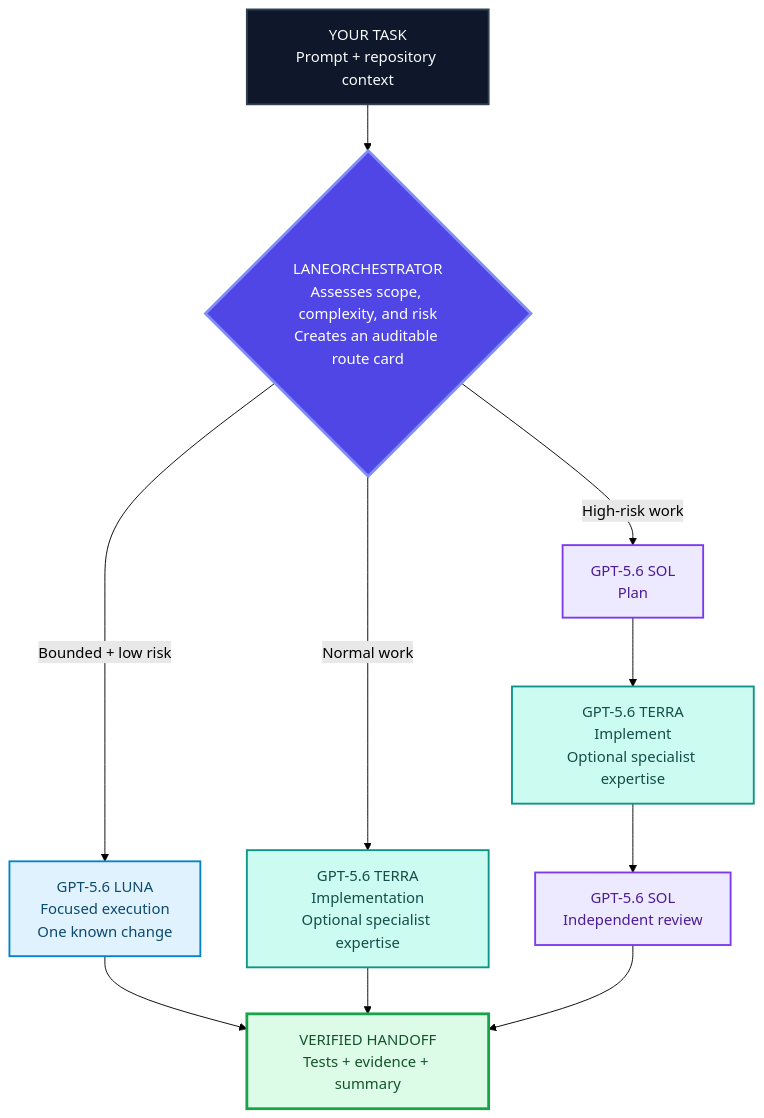
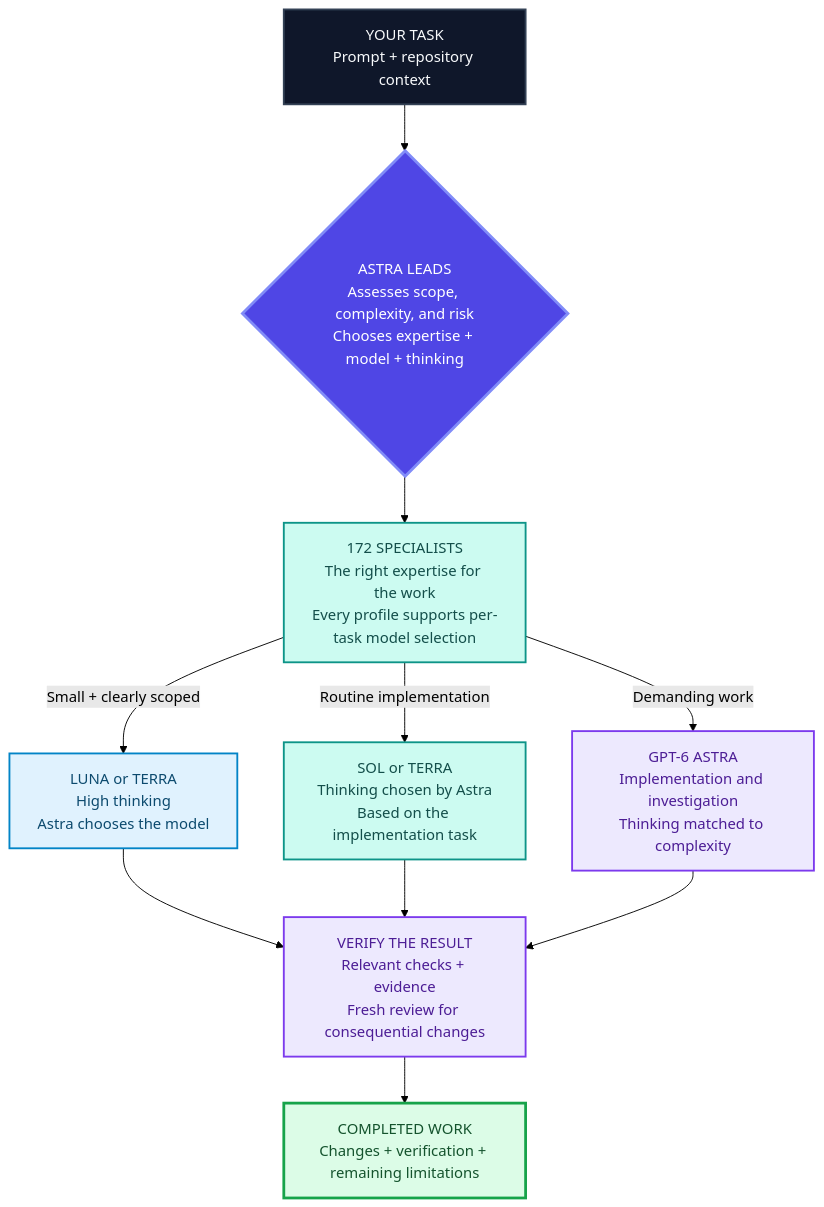
One commit to KarthikRamesh9149/laneorchestrator changed the first of 2 diagrams in README.md. Above: the diagram before and after it, drawn with Mermaid (forest theme). The commit also changed other lines of this file and 15 other files, not shown here.

````diff
--- a/README.md
+++ b/README.md
@@ -20,29 +20,24 @@
 ```mermaid
 flowchart TB
-    TASK["YOUR TASK<br/>Prompt + repository context"] --> ROUTER{"LANEORCHESTRATOR<br/>Assesses scope, complexity, and risk<br/>Creates an auditable route card"}
-
-    ROUTER -->|"Bounded + low risk"| LUNA["GPT-5.6 LUNA<br/>Focused execution<br/>One known change"]
-    ROUTER -->|"Normal work"| TERRA["GPT-5.6 TERRA<br/>Implementation<br/>Optional specialist expertise"]
-    ROUTER -->|"High-risk work"| PLAN["GPT-5.6 SOL<br/>Plan"]
-
-    PLAN --> IMPLEMENT["GPT-5.6 TERRA<br/>Implement<br/>Optional specialist expertise"]
-    IMPLEMENT --> REVIEW["GPT-5.6 SOL<br/>Independent review"]
-
-    LUNA --> DONE["VERIFIED HANDOFF<br/>Tests + evidence + summary"]
-    TERRA --> DONE
-    REVIEW --> DONE
-
+    TASK["YOUR TASK<br/>Prompt + repository context"] --> ROUTER{"ASTRA LEADS<br/>Assesses scope, complexity, and risk<br/>Chooses expertise + model + thinking"}
+    ROUTER --> MATCH["172 SPECIALISTS<br/>The right expertise for the work<br/>Every profile supports per-task model selection"]
+    MATCH -->|"Small + clearly scoped"| SMALL["LUNA or TERRA<br/>High thinking<br/>Astra chooses the model"]
+    MATCH -->|"Routine implementation"| ROUTINE["SOL or TERRA<br/>Thinking chosen by Astra<br/>Based on the implementation task"]
+    MATCH -->|"Demanding work"| ASTRA["GPT-6 ASTRA<br/>Implementation and investigation<br/>Thinking matched to complexity"]
+    SMALL --> VERIFY["VERIFY THE RESULT<br/>Relevant checks + evidence<br/>Fresh review for consequential changes"]
+    ROUTINE --> VERIFY
+    ASTRA --> VERIFY
+    VERIFY --> DONE["COMPLETED WORK<br/>Changes + verification + remaining limitations"]
     classDef task fill:#0F172A,stroke:#334155,color:#F8FAFC,stroke-width:2px;
     classDef router fill:#4F46E5,stroke:#818CF8,color:#FFFFFF,stroke-width:3px;
-    classDef luna fill:#E0F2FE,stroke:#0284C7,color:#0C4A6E,stroke-width:2px;
-    classDef terra fill:#CCFBF1,stroke:#0D9488,color:#134E4A,stroke-width:2px;
-    classDef sol fill:#EDE9FE,stroke:#7C3AED,color:#4C1D95,stroke-width:2px;
+    classDef small fill:#E0F2FE,stroke:#0284C7,color:#0C4A6E,stroke-width:2px;
+    classDef routine fill:#CCFBF1,stroke:#0D9488,color:#134E4A,stroke-width:2px;
+    classDef astra fill:#EDE9FE,stroke:#7C3AED,color:#4C1D95,stroke-width:2px;
     classDef done fill:#DCFCE7,stroke:#16A34A,color:#14532D,stroke-width:3px;
-
     class TASK task;
     class ROUTER router;
-    class LUNA luna;
-    class TERRA,IMPLEMENT terra;
-    class PLAN,REVIEW sol;
+    class MATCH,ROUTINE routine;
+    class SMALL small;
+    class ASTRA,VERIFY astra;
     class DONE done;
 ```
````
